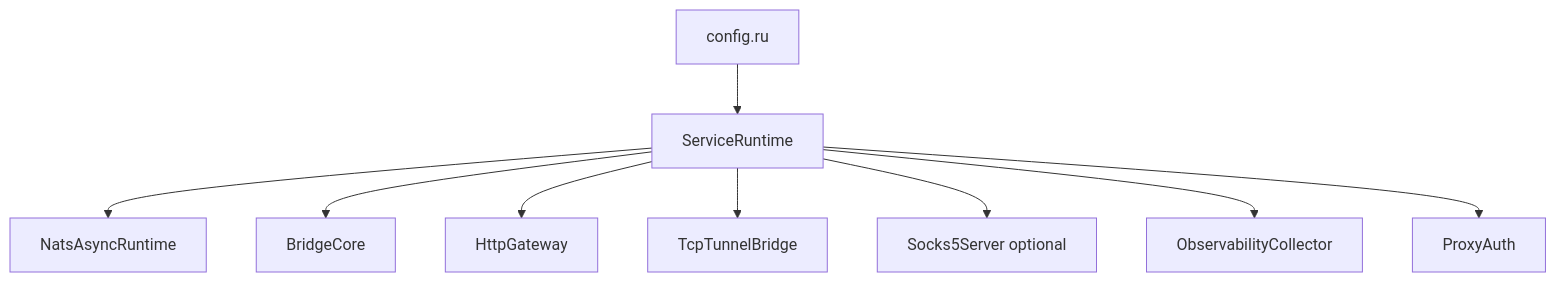
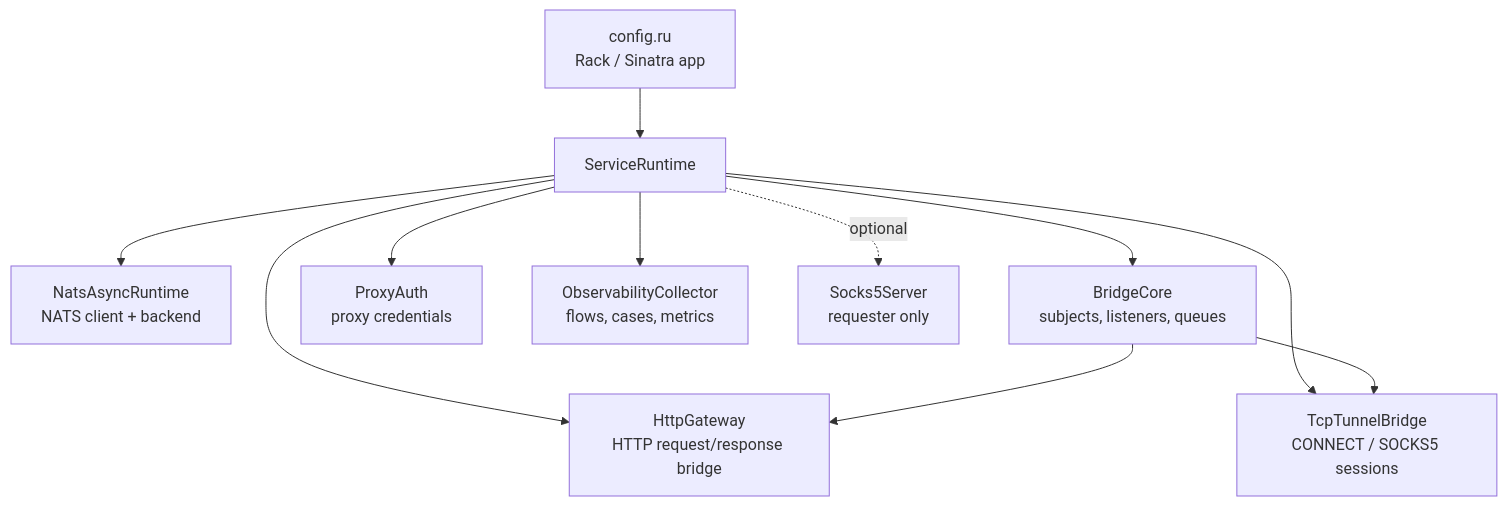
Before and after one commit to artyomb/nats-proxy: the first of 2 diagrams in docs-site/src/content/docs/architecture/overview.md, drawn with Mermaid. The commit also changed other lines of this file and 21 other files, not shown here.

````diff
--- a/docs-site/src/content/docs/architecture/overview.md
+++ b/docs-site/src/content/docs/architecture/overview.md
@@ -8,11 +24,15 @@
 ```mermaid
 flowchart TB
-  config["config.ru"] --> runtime["ServiceRuntime"]
-  runtime --> nats["NatsAsyncRuntime"]
-  runtime --> core["BridgeCore"]
-  runtime --> http["HttpGateway"]
-  runtime --> tcp["TcpTunnelBridge"]
-  runtime --> socks["Socks5Server optional"]
-  runtime --> obs["ObservabilityCollector"]
-  runtime --> auth["ProxyAuth"]
+  rack["config.ru<br/>Rack / Sinatra app"] --> runtime["ServiceRuntime"]
+
+  runtime --> nats["NatsAsyncRuntime<br/>NATS client + backend"]
+  runtime --> core["BridgeCore<br/>subjects, listeners, queues"]
+  runtime --> http["HttpGateway<br/>HTTP request/response bridge"]
+  runtime --> tcp["TcpTunnelBridge<br/>CONNECT / SOCKS5 sessions"]
+  runtime --> auth["ProxyAuth<br/>proxy credentials"]
+  runtime --> obs["ObservabilityCollector<br/>flows, cases, metrics"]
+  runtime -. optional .-> socks["Socks5Server<br/>requester only"]
+
+  core --> http
+  core --> tcp
 ```
````
